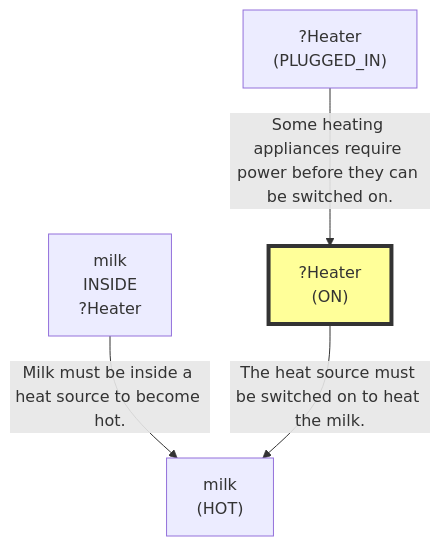
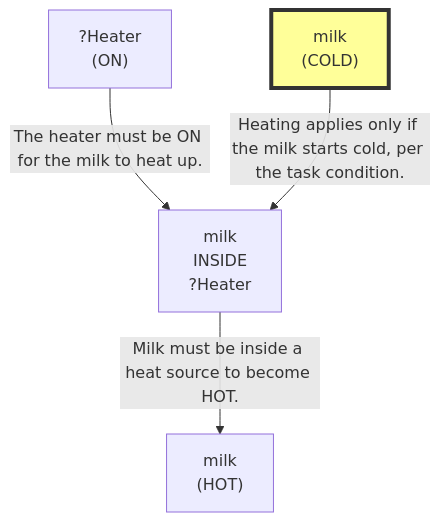
One commit to scuama/virtualhome changed the sixth of 12 diagrams in evaluation/results/table3/robostate/runs/without_memory/M3_15/run_T3_without_memory_M3_15.md. Above: the diagram before and after it, drawn with Mermaid. The commit also changed other lines of this file and 507 other files, not shown here.

````diff
--- a/evaluation/results/table3/robostate/runs/without_memory/M3_15/run_T3_without_memory_M3_15.md
+++ b/evaluation/results/table3/robostate/runs/without_memory/M3_15/run_T3_without_memory_M3_15.md
@@ -471,11 +434,11 @@
 ```mermaid
 graph TD
     N1["milk<br>(HOT)"]
-    N2["?Heater<br>(ON)"]
-    style N2 fill:#ff9,stroke:#333,stroke-width:4px
-    N3["?Heater<br>(PLUGGED_IN)"]
-    N4["milk<br>INSIDE<br>?Heater"]
-    N4 -->|"Milk must be inside a heat source to become hot."| N1
-    N2 -->|"The heat source must be switched on to heat the milk."| N1
-    N3 -->|"Some heating appliances require power before they can be switched on."| N2
+    N2["milk<br>INSIDE<br>?Heater"]
+    N3["?Heater<br>(ON)"]
+    N4["milk<br>(COLD)"]
+    style N4 fill:#ff9,stroke:#333,stroke-width:4px
+    N2 -->|"Milk must be inside a heat source to become HOT."| N1
+    N3 -->|"The heater must be ON for the milk to heat up."| N2
+    N4 -->|"Heating applies only if the milk starts cold, per the task condition."| N2
 ```
````
